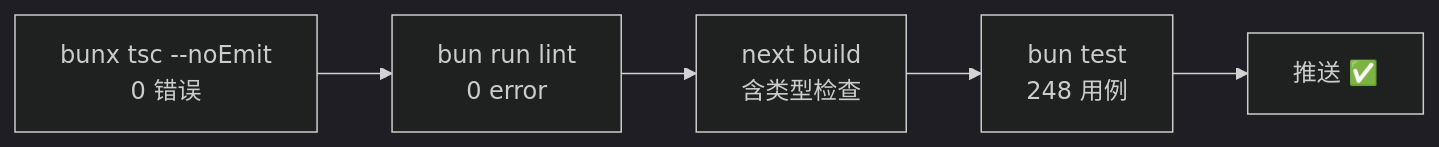
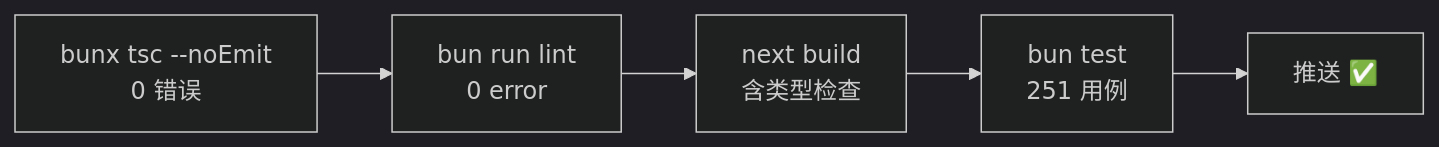
The diagram in docs/developer/07-testing-quality.md (YYC-Cube/YYC3-Baby), drawn with Mermaid (dark theme) before and after one commit. The commit also changed other lines of this file and 10 other files, not shown here.

````diff
--- a/docs/developer/07-testing-quality.md
+++ b/docs/developer/07-testing-quality.md
@@ -5,4 +5,4 @@
 ```mermaid
 flowchart LR
-    T["bunx tsc --noEmit<br/>0 错误"] --> L["bun run lint<br/>0 error"] --> B["next build<br/>含类型检查"] --> U["bun test<br/>248 用例"] --> P["推送 ✅"]
+    T["bunx tsc --noEmit<br/>0 错误"] --> L["bun run lint<br/>0 error"] --> B["next build<br/>含类型检查"] --> U["bun test<br/>251 用例"] --> P["推送 ✅"]
 ```
````
